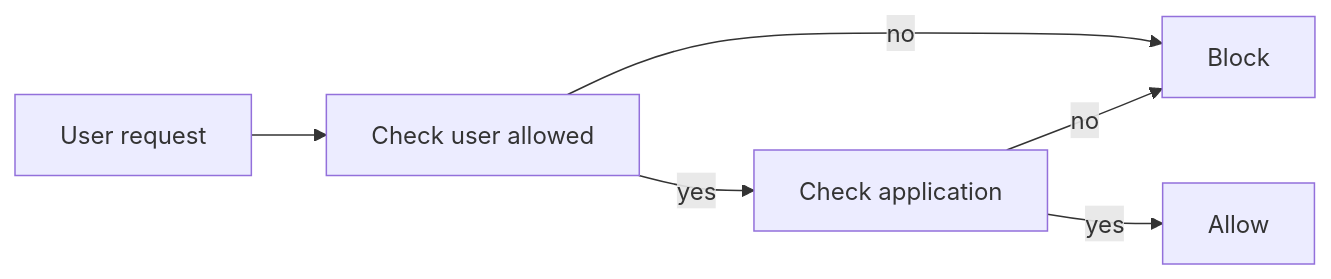
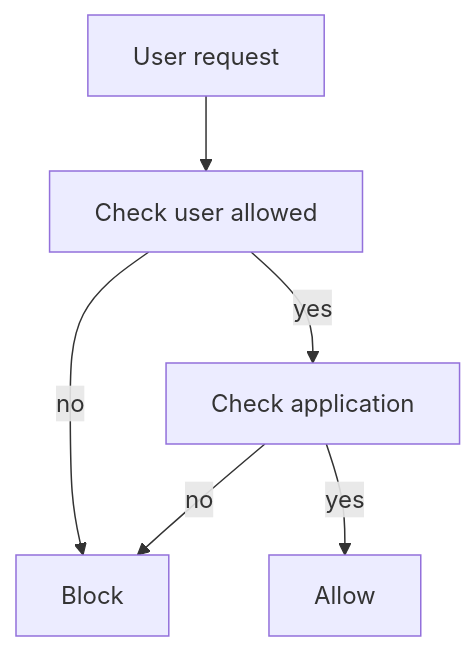
One commit to SafeSquid-Labs/SafeSquid-Docs changed the diagram in public/use_cases/access_restriction/allow_anydesk.md. Above: the diagram before and after it, drawn with Mermaid. The commit also changed other lines of this file and 265 other files, not shown here.

````diff
--- a/public/use_cases/access_restriction/allow_anydesk.md
+++ b/public/use_cases/access_restriction/allow_anydesk.md
@@ -34,13 +36,13 @@
 ```mermaid
-flowchart LR
+flowchart TB
     User[User request]
     CheckUser[Check user allowed]
     CheckApp[Check application]
     Allow[Allow]
     Block[Block]
     User --> CheckUser
     CheckUser -->|no| Block
     CheckUser -->|yes| CheckApp
     CheckApp -->|no| Block
     CheckApp -->|yes| Allow
 ```
````
